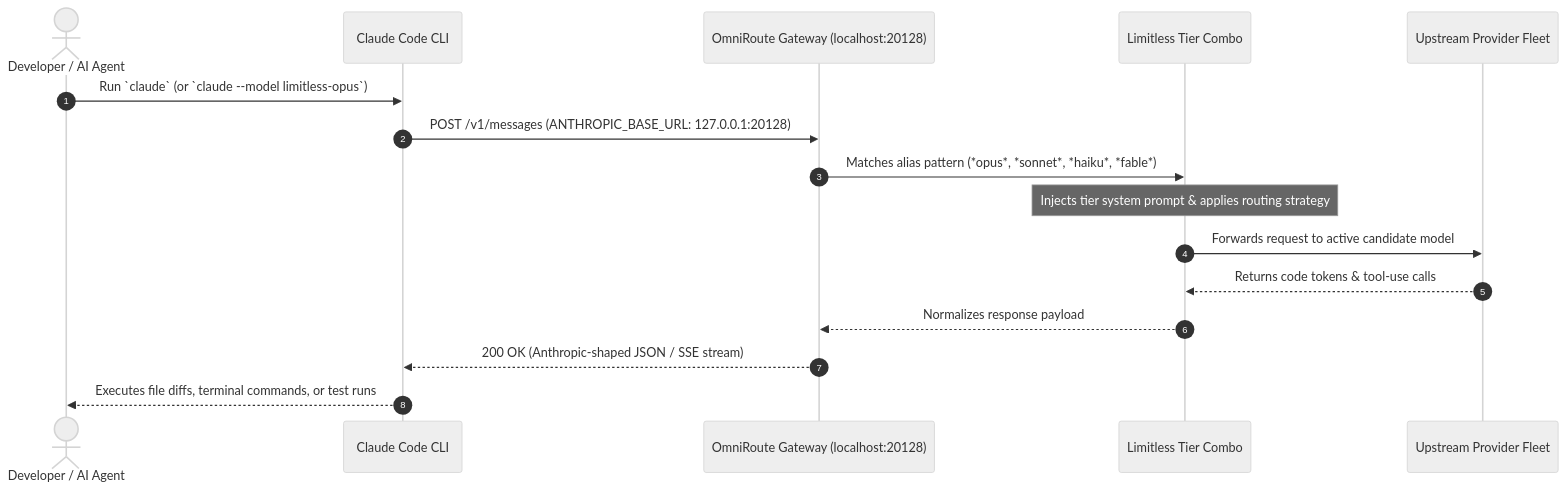
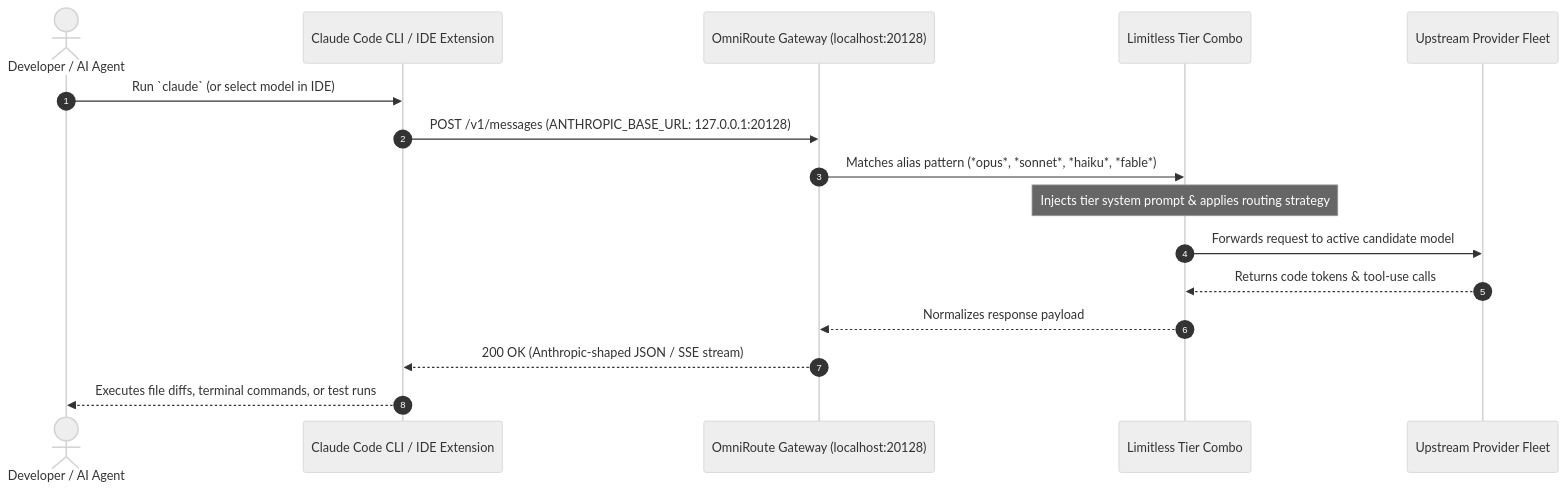
The second of 2 diagrams in README.md (mahik504/limitless-claude), drawn with Mermaid (neutral theme) before and after one commit. The commit also changed other lines of this file and 1 other file, not shown here.

Commit message:
feat: release v5.5.0 - exact ranked combos, clean 5-model UI, self-healing installer, and IDE workflow docs

````diff
--- a/README.md
+++ b/README.md
@@ -66,19 +69,19 @@
 ```mermaid
 sequenceDiagram
     autonumber
     actor Dev as Developer / AI Agent
-    participant CC as Claude Code CLI
+    participant CC as Claude Code CLI / IDE Extension
     participant OR as OmniRoute Gateway (localhost:20128)
     participant Tier as Limitless Tier Combo
     participant Upstream as Upstream Provider Fleet
 
-    Dev->>CC: Run `claude` (or `claude --model limitless-opus`)
+    Dev->>CC: Run `claude` (or select model in IDE)
     CC->>OR: POST /v1/messages (ANTHROPIC_BASE_URL: 127.0.0.1:20128)
     OR->>Tier: Matches alias pattern (*opus*, *sonnet*, *haiku*, *fable*)
     Note over Tier: Injects tier system prompt & applies routing strategy
     Tier->>Upstream: Forwards request to active candidate model
     Upstream-->>Tier: Returns code tokens & tool-use calls
     Tier-->>OR: Normalizes response payload
     OR-->>CC: 200 OK (Anthropic-shaped JSON / SSE stream)
     CC-->>Dev: Executes file diffs, terminal commands, or test runs
 ```
````
